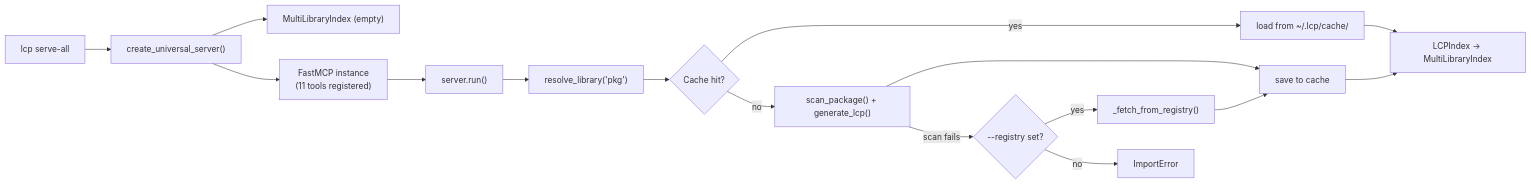
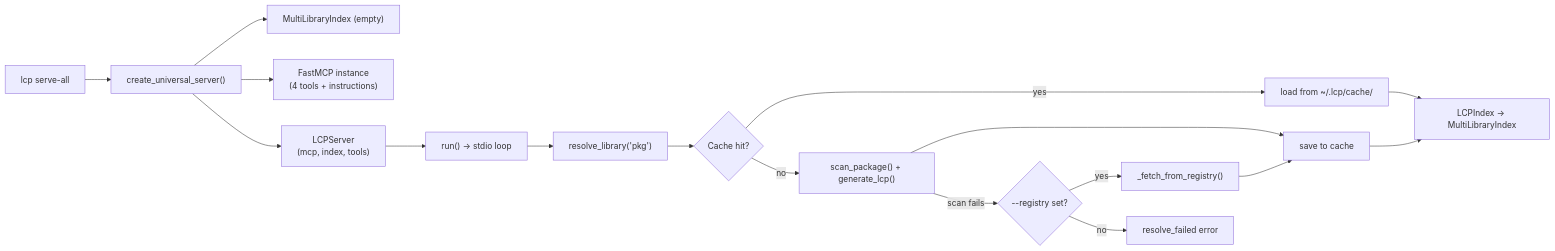
Before and after one commit to zazza123/lcp: the first of 2 diagrams in docs/architecture/mcp_server/architecture.md, drawn with Mermaid. The commit also changed other lines of this file and 6 other files, not shown here.

First line of the commit message:
DOC: Align guides, CLI and architecture docs with the V2 MCP surface

````diff
--- a/docs/architecture/mcp_server/architecture.md
+++ b/docs/architecture/mcp_server/architecture.md
@@ -25,18 +11,19 @@
 ```mermaid
 flowchart LR
     A["lcp serve-all"] --> B["create_universal_server()"]
     B --> C["MultiLibraryIndex (empty)"]
-    B --> D["FastMCP instance\n(11 tools registered)"]
-    D --> E["server.run()"]
+    B --> D["FastMCP instance\n(4 tools + instructions)"]
+    B --> P["LCPServer\n(mcp, index, tools)"]
+    P --> E["run() → stdio loop"]
     E --> F["resolve_library('pkg')"]
     F --> G{"Cache hit?"}
     G -- yes --> H["load from ~/.lcp/cache/"]
     G -- no --> I["scan_package() + generate_lcp()"]
     I --> J["save to cache"]
     I -- scan fails --> R{"--registry set?"}
     R -- yes --> S["_fetch_from_registry()"]
     S --> J
-    R -- no --> ERR["ImportError"]
+    R -- no --> ERR["resolve_failed error"]
     H --> K["LCPIndex → MultiLibraryIndex"]
     J --> K
 ```
````
